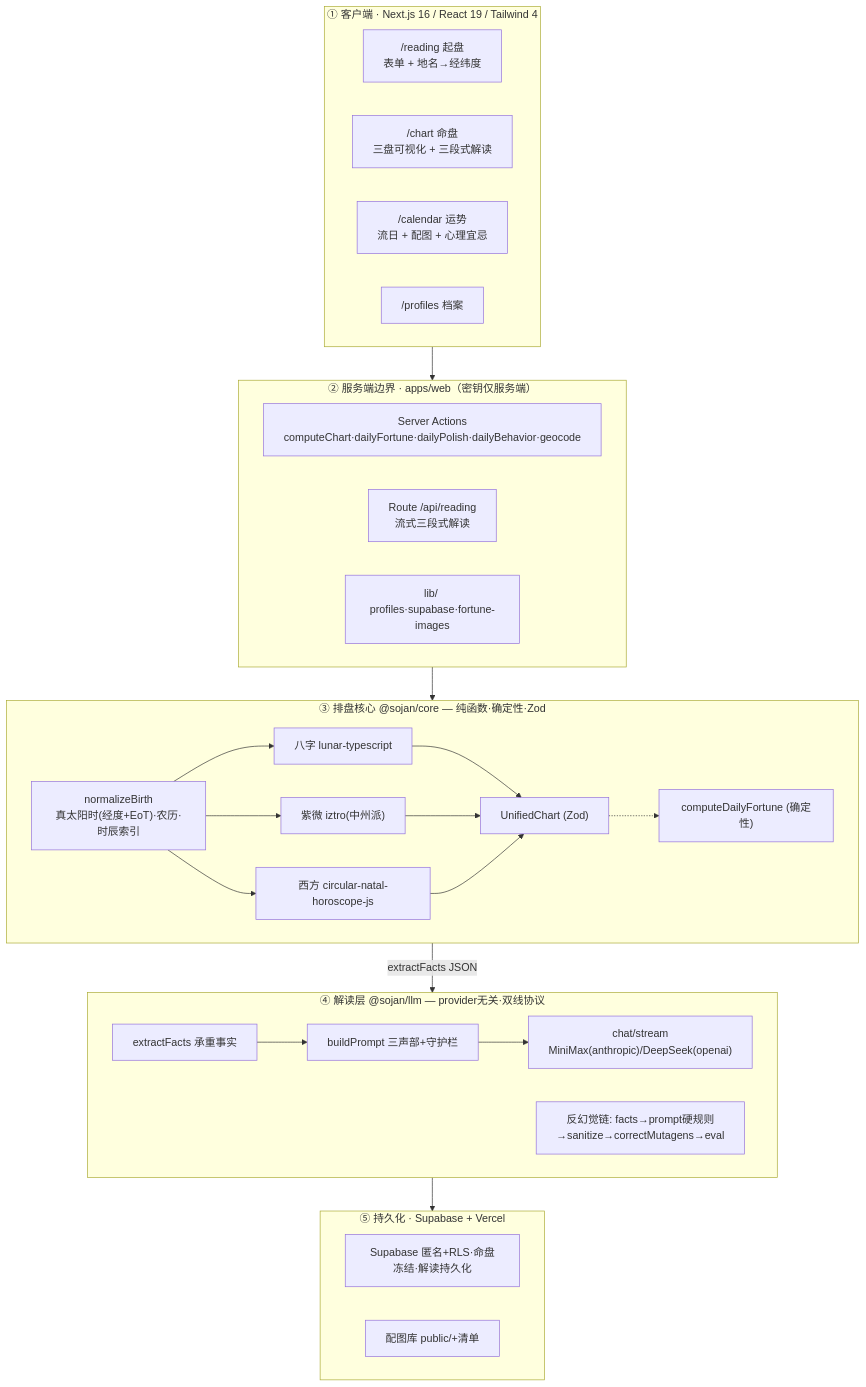
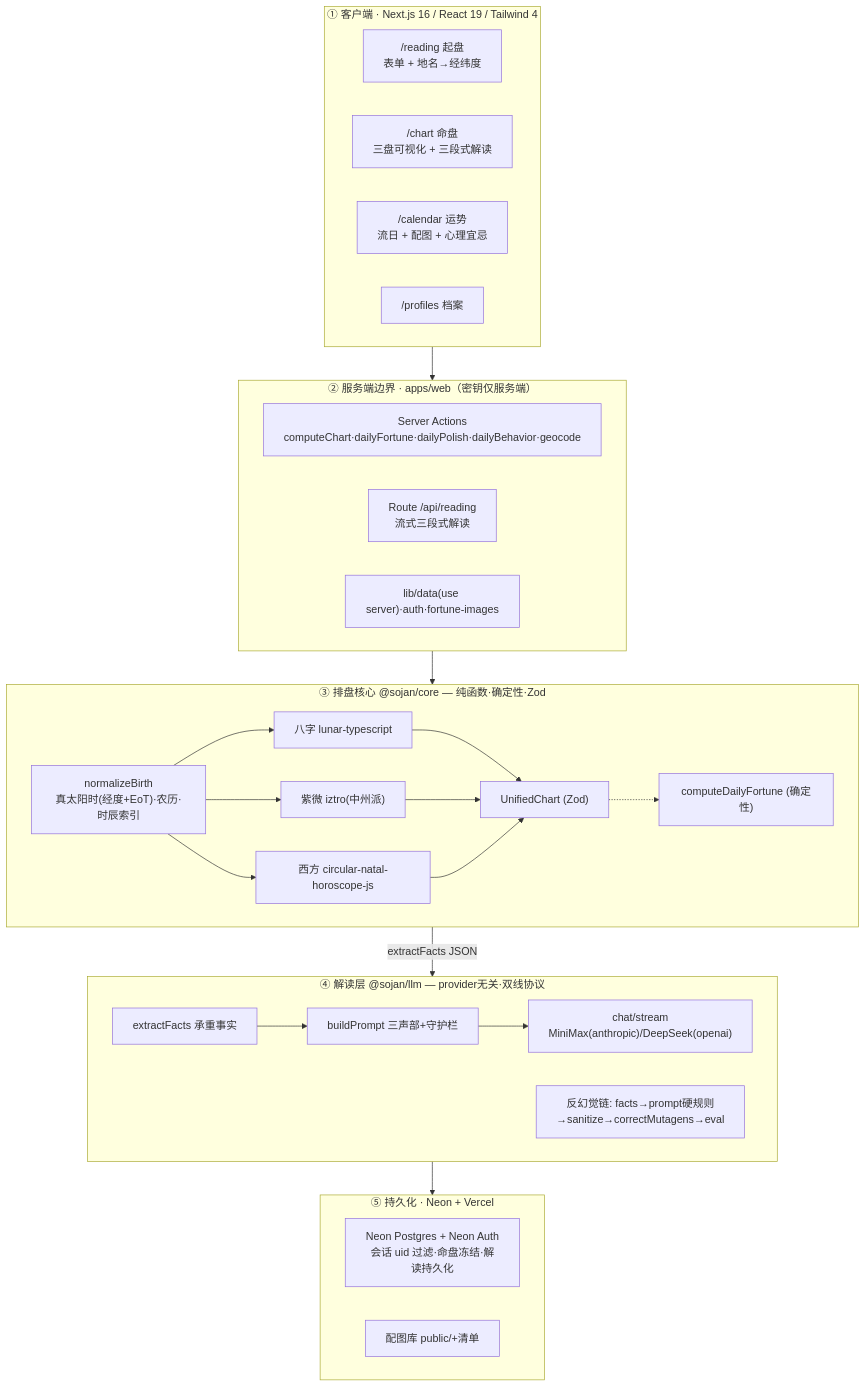
Before and after one commit to agentjoey/sojan: the diagram in docs/architecture.md, drawn with Mermaid. The commit also changed other lines of this file and 5 other files, not shown here.

````diff
--- a/docs/architecture.md
+++ b/docs/architecture.md
@@ -19,25 +21,25 @@
 ```mermaid
 flowchart TB
   subgraph CL["① 客户端 · Next.js 16 / React 19 / Tailwind 4"]
     R["/reading 起盘<br/>表单 + 地名→经纬度"]; C["/chart 命盘<br/>三盘可视化 + 三段式解读"]
     CAL["/calendar 运势<br/>流日 + 配图 + 心理宜忌"]; P["/profiles 档案"]
   end
   subgraph SV["② 服务端边界 · apps/web（密钥仅服务端）"]
     ACT["Server Actions<br/>computeChart·dailyFortune·dailyPolish·dailyBehavior·geocode"]
-    API["Route /api/reading<br/>流式三段式解读"]; LIB["lib/ profiles·supabase·fortune-images"]
+    API["Route /api/reading<br/>流式三段式解读"]; LIB["lib/data(use server)·auth·fortune-images"]
   end
   subgraph CORE["③ 排盘核心 @sojan/core — 纯函数·确定性·Zod"]
     NB["normalizeBirth<br/>真太阳时(经度+EoT)·农历·时辰索引"]
     BZ["八字 lunar-typescript"]; ZW["紫微 iztro(中州派)"]; WE["西方 circular-natal-horoscope-js"]
     UC["UnifiedChart (Zod)"]; DF["computeDailyFortune (确定性)"]
     NB-->BZ & ZW & WE-->UC; UC-.->DF
   end
   subgraph LLM["④ 解读层 @sojan/llm — provider无关·双线协议"]
     EF["extractFacts 承重事实"]-->PR["buildPrompt 三声部+守护栏"]-->CH["chat/stream<br/>MiniMax(anthropic)/DeepSeek(openai)"]
     GUARD["反幻觉链: facts→prompt硬规则→sanitize→correctMutagens→eval"]
   end
-  subgraph PER["⑤ 持久化 · Supabase + Vercel"]
-    SB["Supabase 匿名+RLS·命盘冻结·解读持久化"]; IMG["配图库 public/+清单"]
+  subgraph PER["⑤ 持久化 · Neon + Vercel"]
+    SB["Neon Postgres + Neon Auth<br/>会话 uid 过滤·命盘冻结·解读持久化"]; IMG["配图库 public/+清单"]
   end
   CL-->SV-->CORE-->|extractFacts JSON|LLM-->PER
 ```
````
